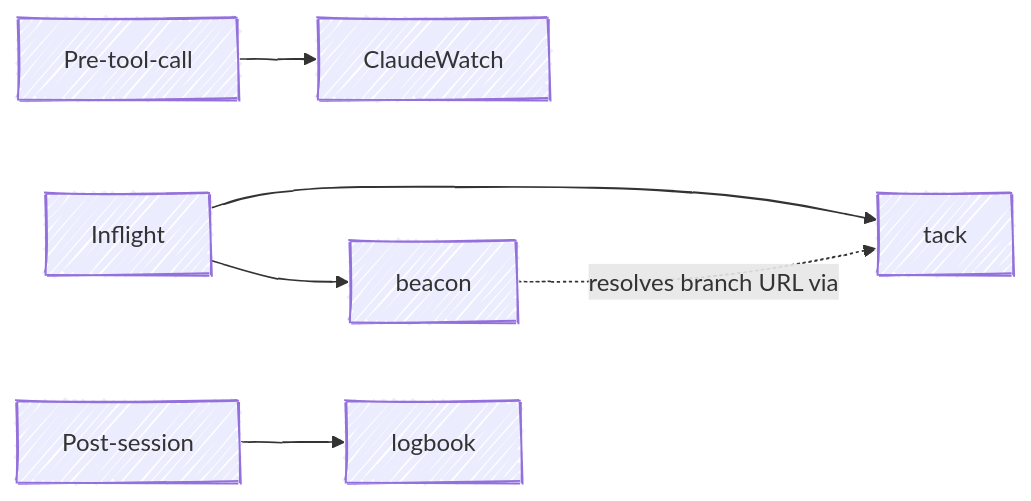
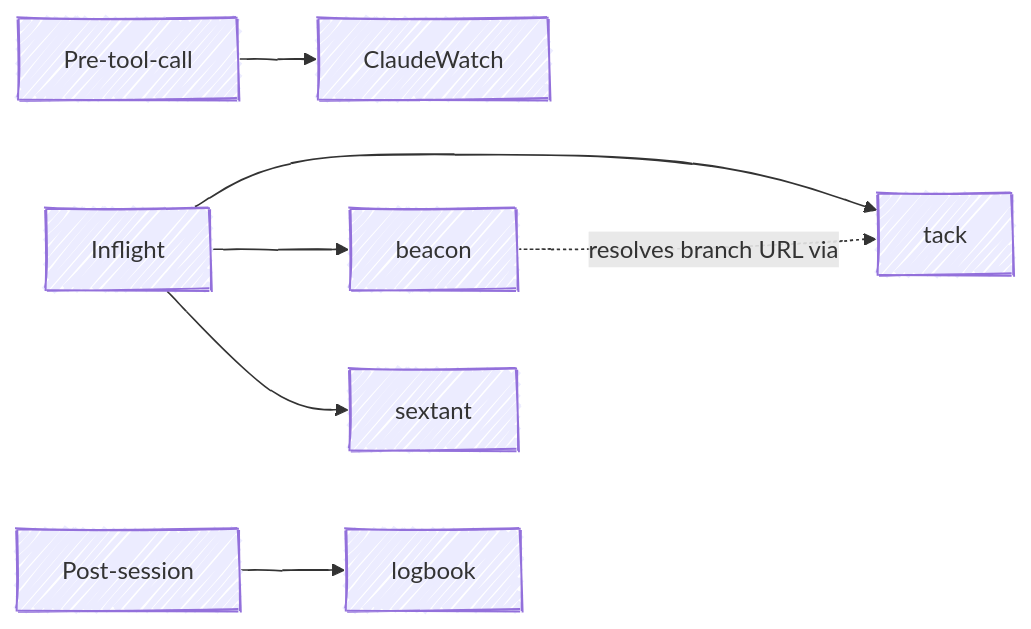
One commit to chris-peterson/claude-marketplace changed the diagram in docs/relationships.md. Above: the diagram before and after it, drawn with Mermaid. The commit also changed other lines of this file and 1 other file, not shown here.

Commit message:
Add sextant to docs site

````diff
--- a/docs/relationships.md
+++ b/docs/relationships.md
@@ -16,10 +17,11 @@
 ```mermaid
 %%{ init: { 'look': 'handDrawn' } }%%
 flowchart LR
     Pre[Pre-tool-call] --> CW[ClaudeWatch]
     Inflight[Inflight] --> Tack[tack]
     Inflight --> Beacon[beacon]
+    Inflight --> Sextant[sextant]
     Post[Post-session] --> Logbook[logbook]
 
     Beacon -. resolves branch URL via .-> Tack
 ```
````
